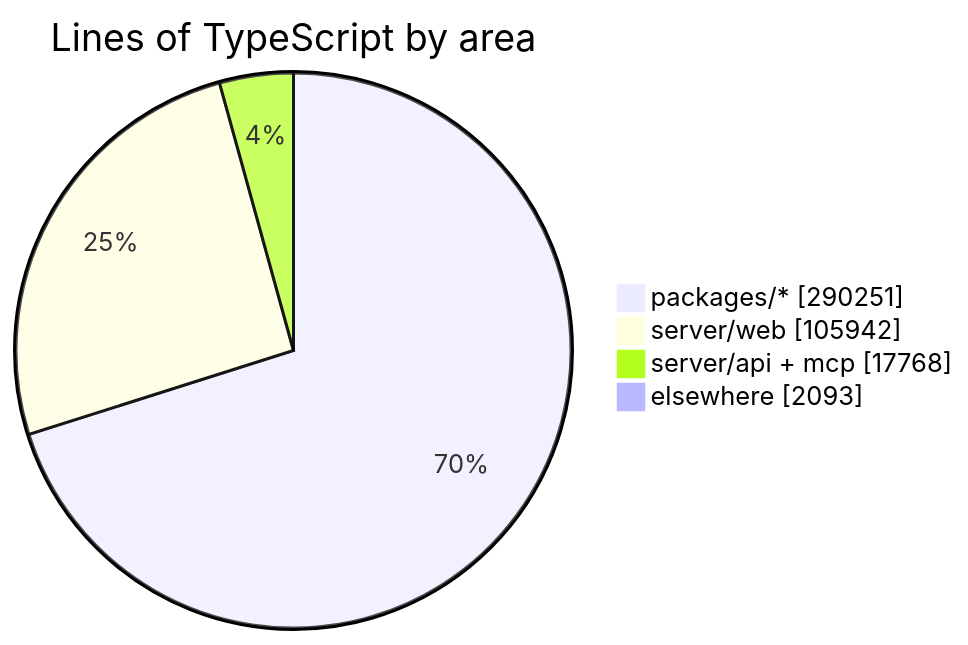
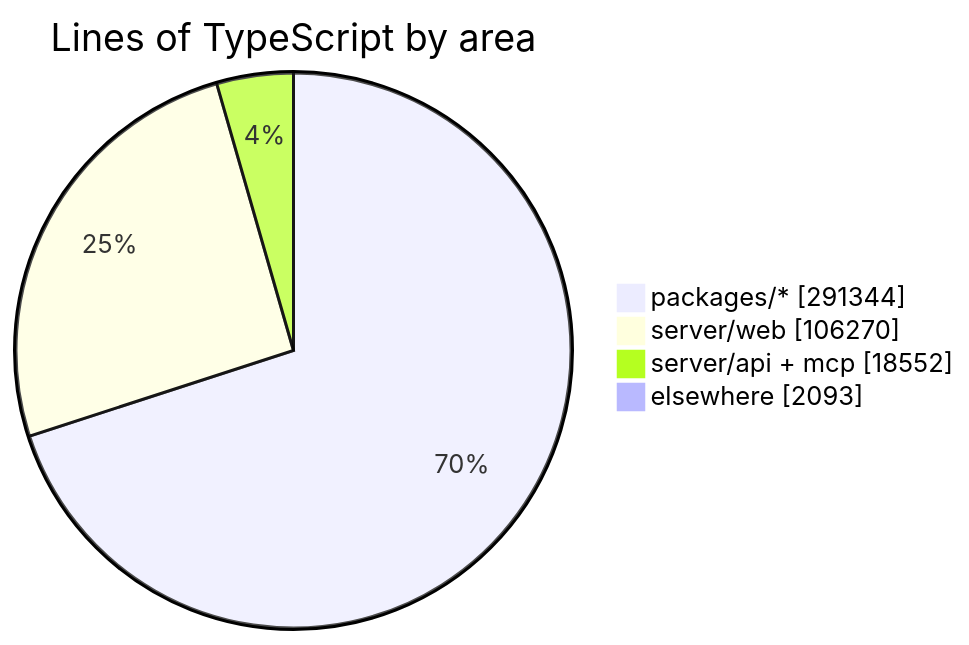
The diagram in README.md (crossworks-engineering/mantle), drawn with Mermaid before and after one commit. The commit also changed other lines of this file and 2 other files, not shown here.

````diff
--- a/README.md
+++ b/README.md
@@ -294,7 +294,7 @@
 ```mermaid
 pie showData title Lines of TypeScript by area
-    "packages/*" : 290251
-    "server/web" : 105942
-    "server/api + mcp" : 17768
+    "packages/*" : 291344
+    "server/web" : 106270
+    "server/api + mcp" : 18552
     "elsewhere" : 2093
 ```
````
